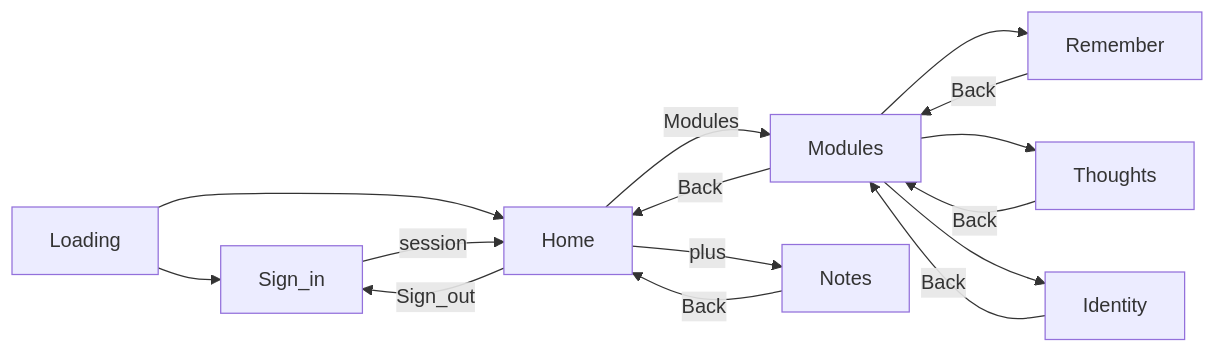
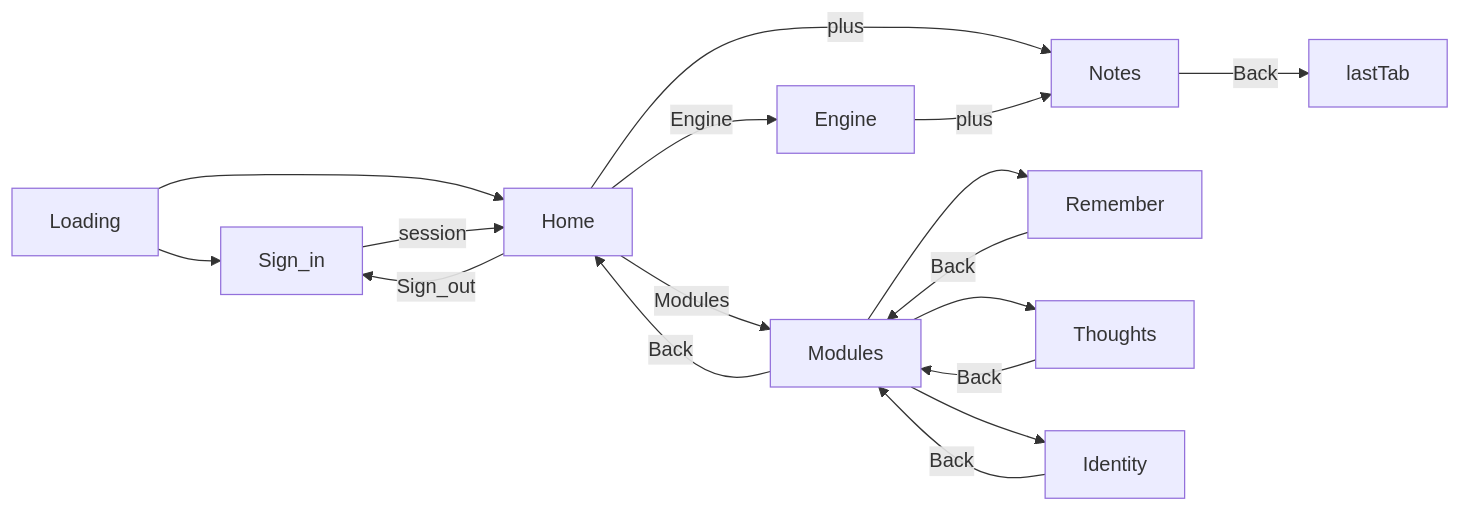
Before and after one commit to akgupta2002D/secondbrain2_0: the third of 9 diagrams in docs/ARCHITECTURE.md, drawn with Mermaid. The commit also changed other lines of this file and 13 other files, not shown here.

First line of the commit message:
Replace the Notes tab with Engine and open Notes from a +.

````diff
--- a/docs/ARCHITECTURE.md
+++ b/docs/ARCHITECTURE.md
@@ -76,26 +78,29 @@
 ```mermaid
 flowchart LR
   boot[Loading]
   signin[Sign_in]
   home[Home]
+  engine[Engine]
   modules[Modules]
   notes[Notes]
   remember[Remember]
   thoughts[Thoughts]
   identity[Identity]
 
   boot --> signin
   boot --> home
   signin -->|session| home
   home -->|Sign_out| signin
+  home -->|Engine| engine
   home -->|Modules| modules
   home -->|plus| notes
-  notes -->|Back| home
+  engine -->|plus| notes
+  notes -->|Back| lastTab
   modules -->|Back| home
   modules --> remember
   modules --> thoughts
   modules --> identity
   remember -->|Back| modules
   thoughts -->|Back| modules
   identity -->|Back| modules
 ```
````
